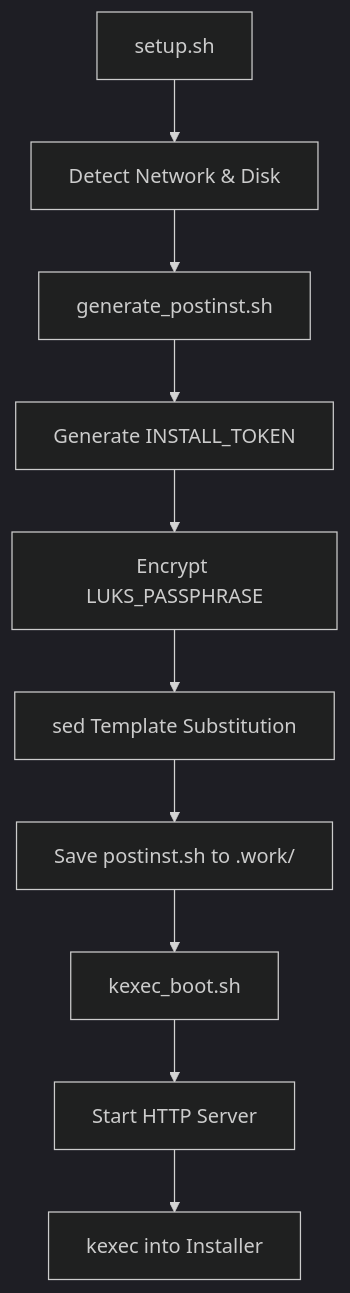
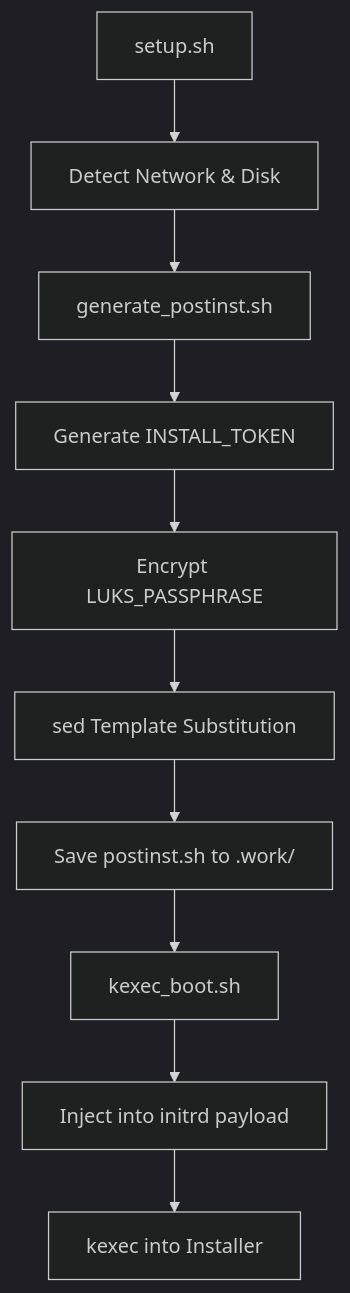
The first of 2 diagrams in .cubic/wiki/03-section-core-features/04-page-postinst-gen.md (aadilxgit/vps-setup), drawn with Mermaid (dark theme) before and after one commit. The commit also changed other lines of this file and 11 other files, not shown here.

First line of the commit message:
fix(installer): eliminate obsolete HTTP server, enforce HTTPS preseed protocol, and update wiki/docs

````diff
--- a/.cubic/wiki/03-section-core-features/04-page-postinst-gen.md
+++ b/.cubic/wiki/03-section-core-features/04-page-postinst-gen.md
@@ -28,12 +28,12 @@
 ```mermaid
 flowchart TD
     A[setup.sh] --> B[Detect Network & Disk]
     B --> C[generate_postinst.sh]
     C --> D[Generate INSTALL_TOKEN]
     D --> E[Encrypt LUKS_PASSPHRASE]
     E --> F[sed Template Substitution]
     F --> G[Save postinst.sh to .work/]
     G --> H[kexec_boot.sh]
-    H --> I[Start HTTP Server]
+    H --> I[Inject into initrd payload]
     I --> J[kexec into Installer]
 ```
````
